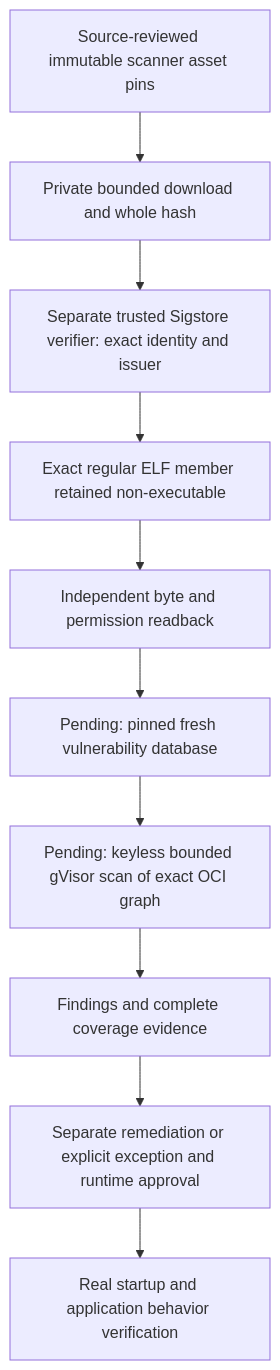
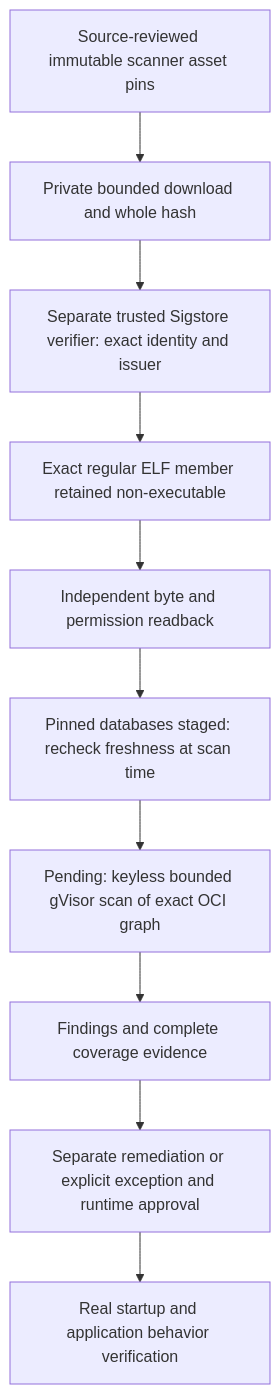
Before and after one commit to agentic-ai-training/google-connector-app: the diagram in docs/RUNTIME_SCANNER_PREPARATION.md, drawn with Mermaid. The commit also changed other lines of this file and 15 other files, not shown here.

Commit message:
Stage pinned scanner databases and signature-bound host custody; reconcile credit

````diff
--- a/docs/RUNTIME_SCANNER_PREPARATION.md
+++ b/docs/RUNTIME_SCANNER_PREPARATION.md
@@ -105,12 +105,12 @@
 ```mermaid
 flowchart TD
     P[Source-reviewed immutable scanner asset pins] --> D[Private bounded download and whole hash]
     D --> S[Separate trusted Sigstore verifier: exact identity and issuer]
     S --> B[Exact regular ELF member retained non-executable]
     B --> R[Independent byte and permission readback]
-    R --> DB[Pending: pinned fresh vulnerability database]
+    R --> DB[Pinned databases staged: recheck freshness at scan time]
     DB --> I[Pending: keyless bounded gVisor scan of exact OCI graph]
     I --> F[Findings and complete coverage evidence]
     F --> A[Separate remediation or explicit exception and runtime approval]
     A --> E[Real startup and application behavior verification]
 ```
````
